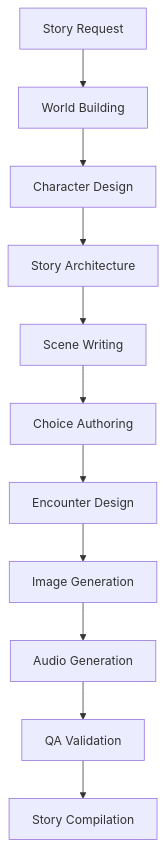
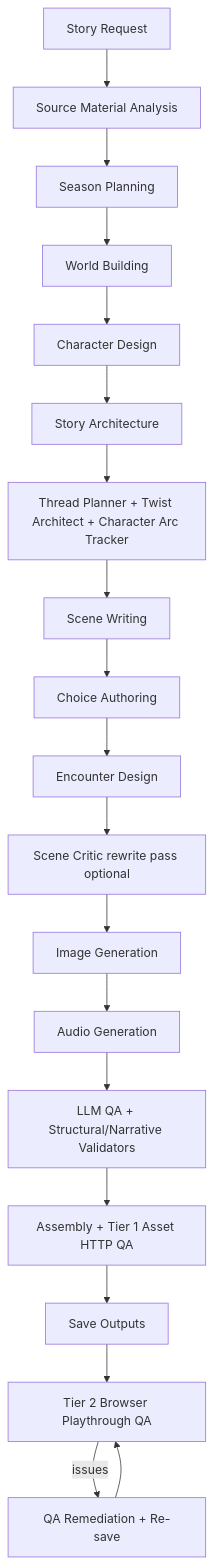
Before and after one commit to chris-heatherly/storyrpg: the diagram in docs/TDD.md, drawn with Mermaid. The commit also changed other lines of this file and 439 other files, not shown here.

````diff
--- a/docs/TDD.md
+++ b/docs/TDD.md
@@ -727,13 +808,21 @@
 ```mermaid
 graph TD
-    A[Story Request] --> B[World Building]
+    A[Story Request] --> SA[Source Material Analysis]
+    SA --> SP[Season Planning]
+    SP --> B[World Building]
     B --> C[Character Design]
     C --> D[Story Architecture]
-    D --> E[Scene Writing]
+    D --> TP[Thread Planner + Twist Architect + Character Arc Tracker]
+    TP --> E[Scene Writing]
     E --> F[Choice Authoring]
     F --> G[Encounter Design]
-    G --> H[Image Generation]
+    G --> SC[Scene Critic rewrite pass optional]
+    SC --> H[Image Generation]
     H --> I[Audio Generation]
-    I --> J[QA Validation]
-    J --> K[Story Compilation]
+    I --> J[LLM QA + Structural/Narrative Validators]
+    J --> K[Assembly + Tier 1 Asset HTTP QA]
+    K --> L[Save Outputs]
+    L --> M[Tier 2 Browser Playthrough QA]
+    M -- issues --> N[QA Remediation + Re-save]
+    N --> M
 ```
````
